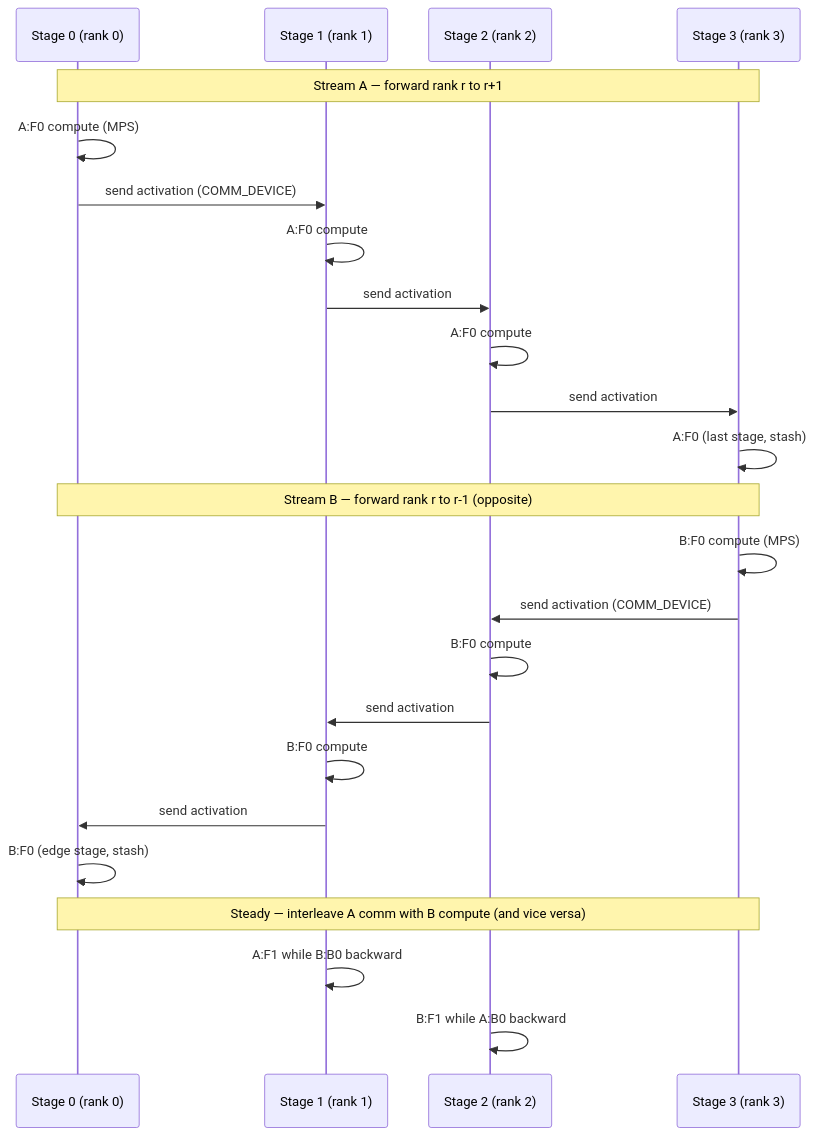
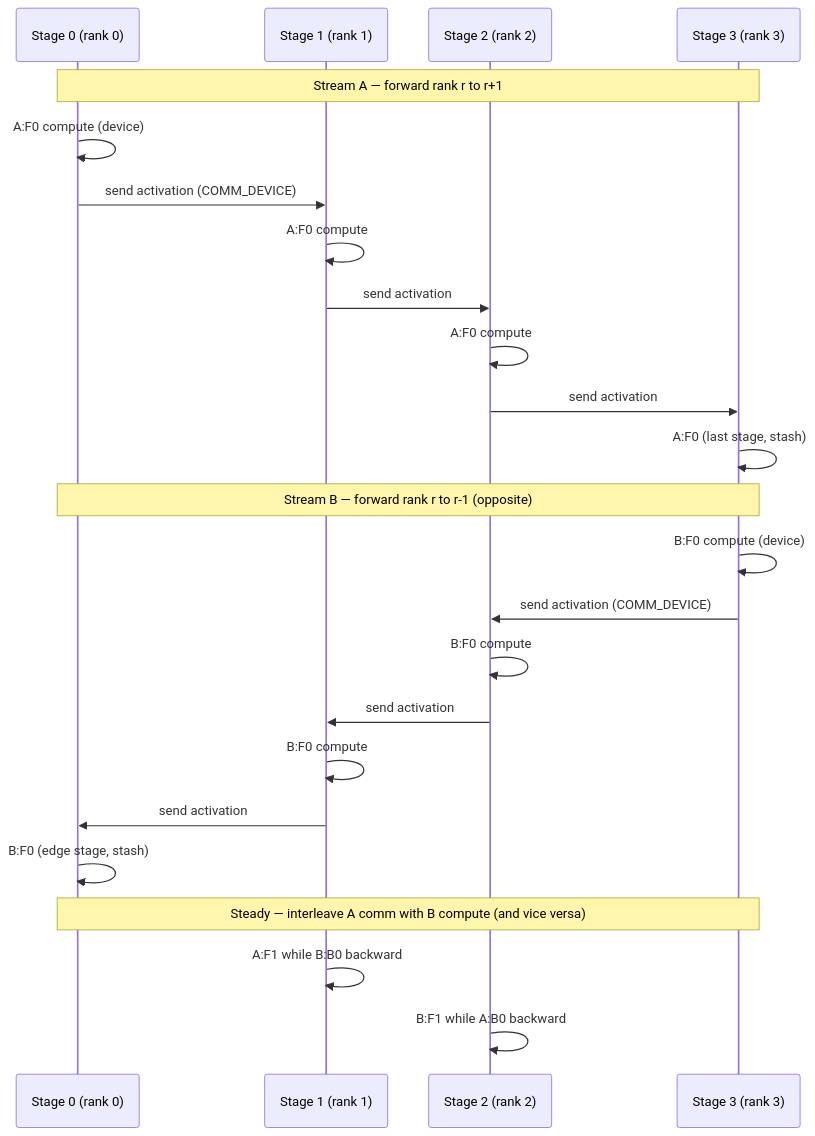
Before and after one commit to duoan/micro-trainer: the diagram in 3_pipeline_parallel/6_deepseek_dualpipe.md, drawn with Mermaid. The commit also changed other lines of this file and 17 other files, not shown here.

Commit message:
Refactor README and demo documentation to clarify device usage and communication patterns. Update references from MPS to device for consistency across modules, ensuring clear guidelines for tensor operations and backend configurations.

````diff
--- a/3_pipeline_parallel/6_deepseek_dualpipe.md
+++ b/3_pipeline_parallel/6_deepseek_dualpipe.md
@@ -34,29 +34,29 @@
 ```mermaid
 sequenceDiagram
     participant S0 as Stage 0 (rank 0)
     participant S1 as Stage 1 (rank 1)
     participant S2 as Stage 2 (rank 2)
     participant S3 as Stage 3 (rank 3)
 
     Note over S0,S3: Stream A — forward rank r to r+1
-    S0->>S0: A:F0 compute (MPS)
+    S0->>S0: A:F0 compute (device)
     S0->>S1: send activation (COMM_DEVICE)
     S1->>S1: A:F0 compute
     S1->>S2: send activation
     S2->>S2: A:F0 compute
     S2->>S3: send activation
     S3->>S3: A:F0 (last stage, stash)
 
     Note over S0,S3: Stream B — forward rank r to r-1 (opposite)
-    S3->>S3: B:F0 compute (MPS)
+    S3->>S3: B:F0 compute (device)
     S3->>S2: send activation (COMM_DEVICE)
     S2->>S2: B:F0 compute
     S2->>S1: send activation
     S1->>S1: B:F0 compute
     S1->>S0: send activation
     S0->>S0: B:F0 (edge stage, stash)
 
     Note over S0,S3: Steady — interleave A comm with B compute (and vice versa)
     S1->>S1: A:F1 while B:B0 backward
     S2->>S2: B:F1 while A:B0 backward
 ```
````
